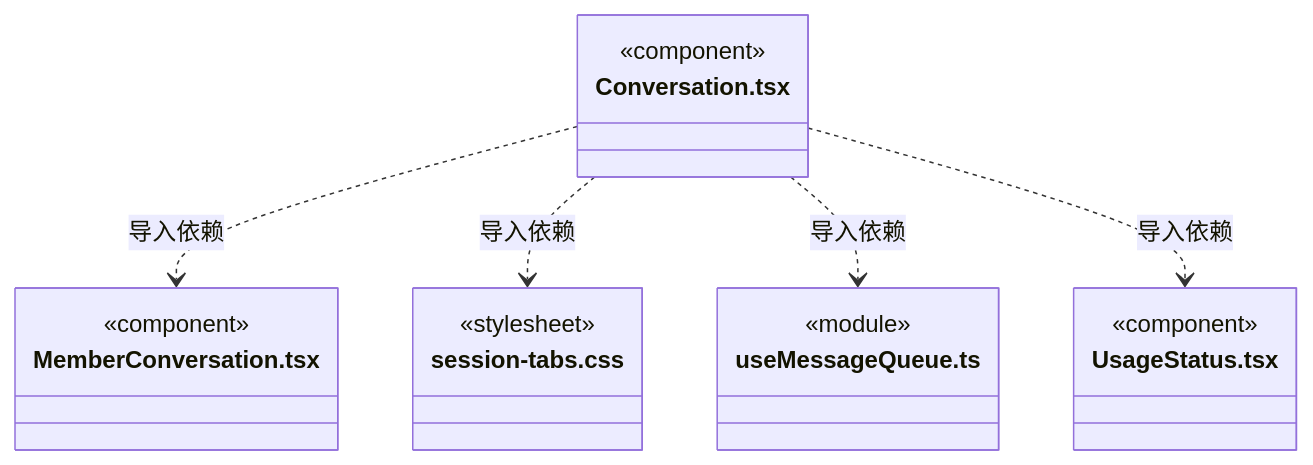
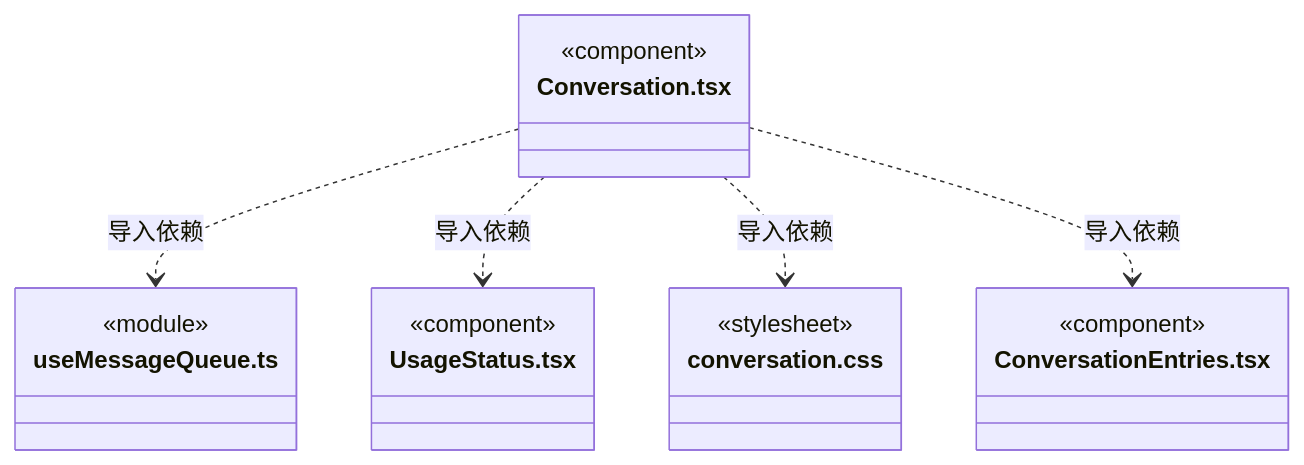
One commit to nan023062/cbim changed diagram 43 of 51 in src/view/conversation/ARCHITECTURE.md. Above: the diagram before and after it, drawn with Mermaid. The commit also changed other lines of this file and 87 other files, not shown here.

````diff
--- a/src/view/conversation/ARCHITECTURE.md
+++ b/src/view/conversation/ARCHITECTURE.md
@@ -646,22 +646,22 @@
 ```mermaid
 classDiagram
 class N_src_view_conversation_Conversation_tsx["Conversation.tsx"] {
   <<component>>
-}
-class N_src_view_conversation_MemberConversation_tsx["MemberConversation.tsx"] {
-  <<component>>
-}
-class N_src_view_conversation_session_tabs_css["session-tabs.css"] {
-  <<stylesheet>>
 }
 class N_src_view_conversation_useMessageQueue_ts["useMessageQueue.ts"] {
   <<module>>
 }
 class N_src_view_conversation_UsageStatus_tsx["UsageStatus.tsx"] {
   <<component>>
 }
-N_src_view_conversation_Conversation_tsx ..> N_src_view_conversation_MemberConversation_tsx : 导入依赖
-N_src_view_conversation_Conversation_tsx ..> N_src_view_conversation_session_tabs_css : 导入依赖
+class N_src_view_conversation_conversation_css["conversation.css"] {
+  <<stylesheet>>
+}
+class N_src_view_conversation_ConversationEntries_tsx["ConversationEntries.tsx"] {
+  <<component>>
+}
 N_src_view_conversation_Conversation_tsx ..> N_src_view_conversation_useMessageQueue_ts : 导入依赖
 N_src_view_conversation_Conversation_tsx ..> N_src_view_conversation_UsageStatus_tsx : 导入依赖
+N_src_view_conversation_Conversation_tsx ..> N_src_view_conversation_conversation_css : 导入依赖
+N_src_view_conversation_Conversation_tsx ..> N_src_view_conversation_ConversationEntries_tsx : 导入依赖
 ```
````
